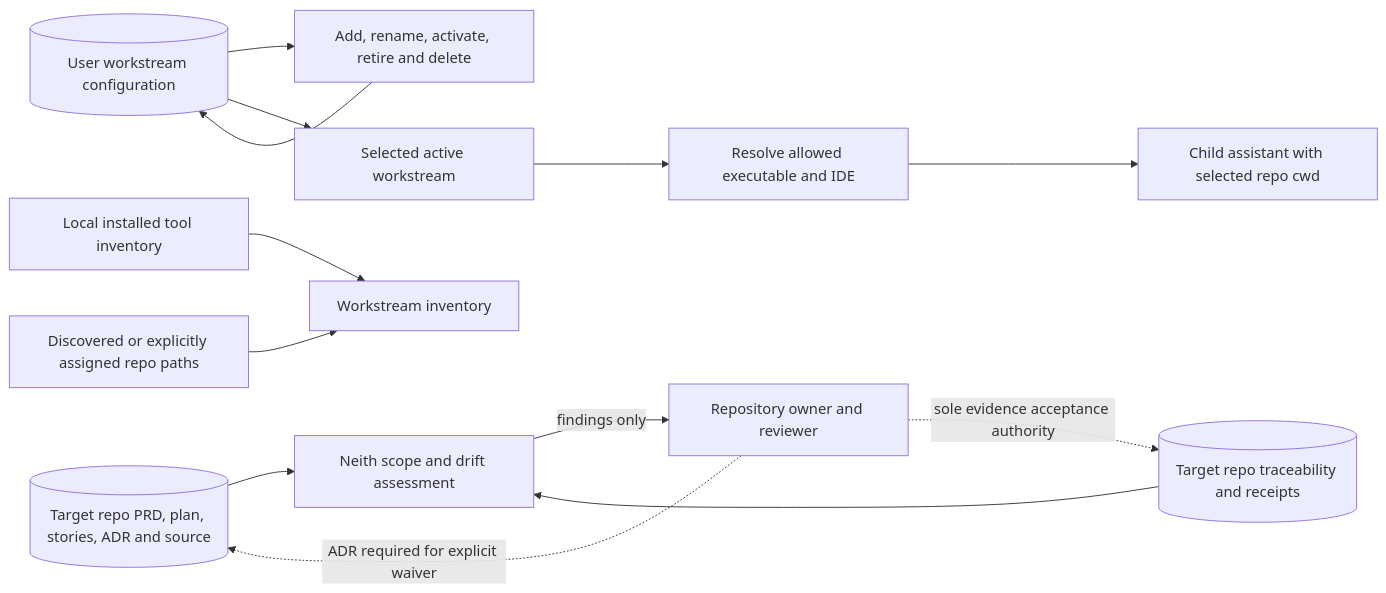
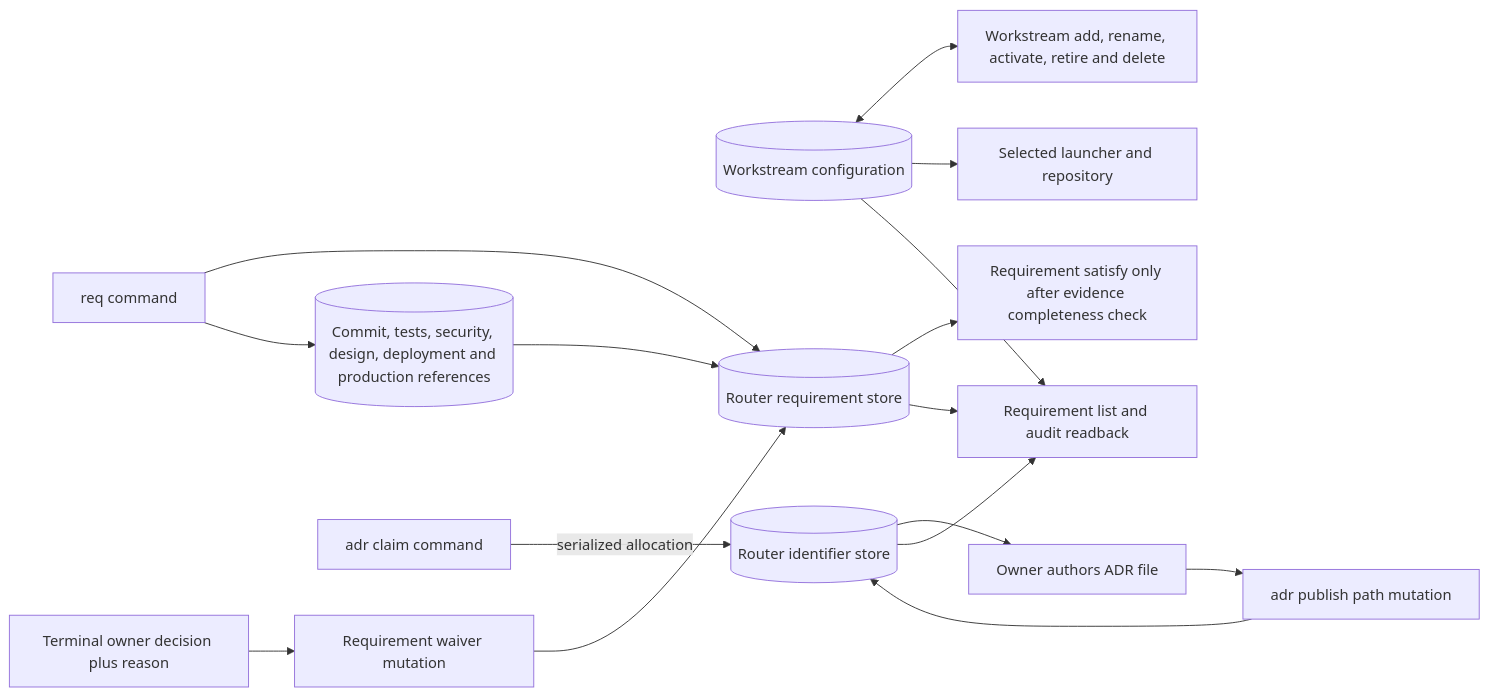
One commit to SirsiMaster/sirsi-pantheon changed diagram 23 of 45 in docs/stacklab/pantheon-pt/canon/DIAGRAMS_PRODUCT_OPERATIONS.md. Above: the diagram before and after it, drawn with Mermaid. The commit also changed other lines of this file and 2 other files, not shown here.

Commit message:
docs(stacklab): align workflow diagrams with actual effects and recovery

````diff
--- a/docs/stacklab/pantheon-pt/canon/DIAGRAMS_PRODUCT_OPERATIONS.md
+++ b/docs/stacklab/pantheon-pt/canon/DIAGRAMS_PRODUCT_OPERATIONS.md
@@ -609,15 +650,18 @@
 ```mermaid
 flowchart LR
-  CONFIG[(User workstream configuration)] --> CRUD[Add, rename, activate, retire and delete]
-  CRUD --> CONFIG
-  HOME[Local installed tool inventory] --> INVENTORY[Workstream inventory]
-  REPOS[Discovered or explicitly assigned repo paths] --> INVENTORY
-  CONFIG --> SELECT[Selected active workstream]
-  SELECT --> RESOLVE[Resolve allowed executable and IDE]
-  RESOLVE --> SESSION[Child assistant with selected repo cwd]
-  REPO[(Target repo PRD, plan, stories, ADR and source)] --> NEITH[Neith scope and drift assessment]
-  EVID[(Target repo traceability and receipts)] --> NEITH
-  NEITH -->|findings only| OWNER[Repository owner and reviewer]
-  OWNER -. sole evidence acceptance authority .-> EVID
-  OWNER -. ADR required for explicit waiver .-> REPO
+  WS[(Workstream configuration)] <--> CRUD[Workstream add, rename, activate, retire and delete]
+  WS --> LAUNCH[Selected launcher and repository]
+  REQCMD[req command] --> REQSTORE[(Router requirement store)]
+  REQCMD --> EV[(Commit, tests, security, design, deployment and production references)]
+  EV --> REQSTORE
+  REQSTORE --> SAT[Requirement satisfy only after evidence completeness check]
+  OWNER[Terminal owner decision plus reason] --> WAIVE[Requirement waiver mutation]
+  WAIVE --> REQSTORE
+  ADRCMD[adr claim command] -->|serialized allocation| ADRSTORE[(Router identifier store)]
+  ADRSTORE --> DOC[Owner authors ADR file]
+  DOC --> ADRPUB[adr publish path mutation]
+  ADRPUB --> ADRSTORE
+  REQSTORE --> READ[Requirement list and audit readback]
+  ADRSTORE --> READ
+  WS --> READ
 ```
````
